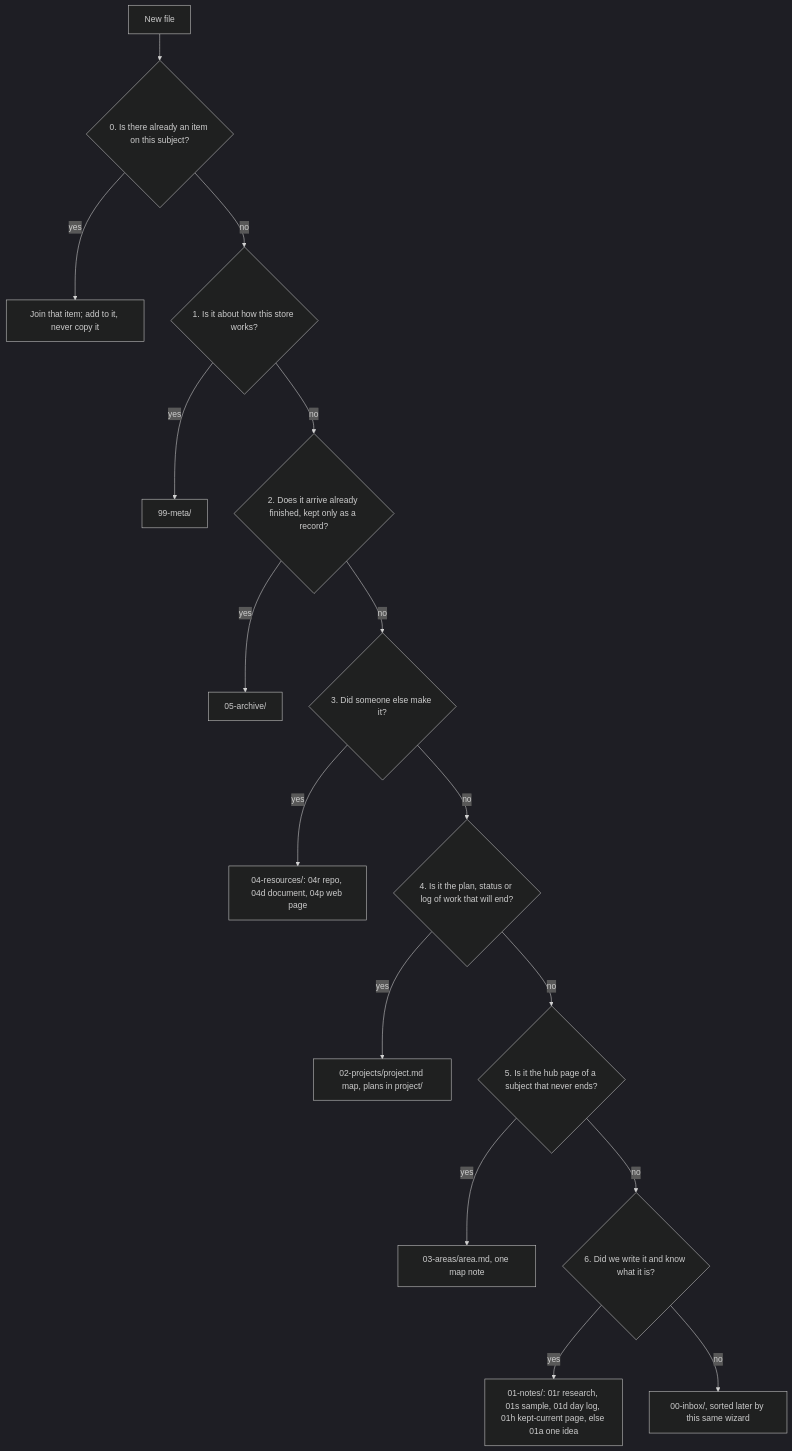
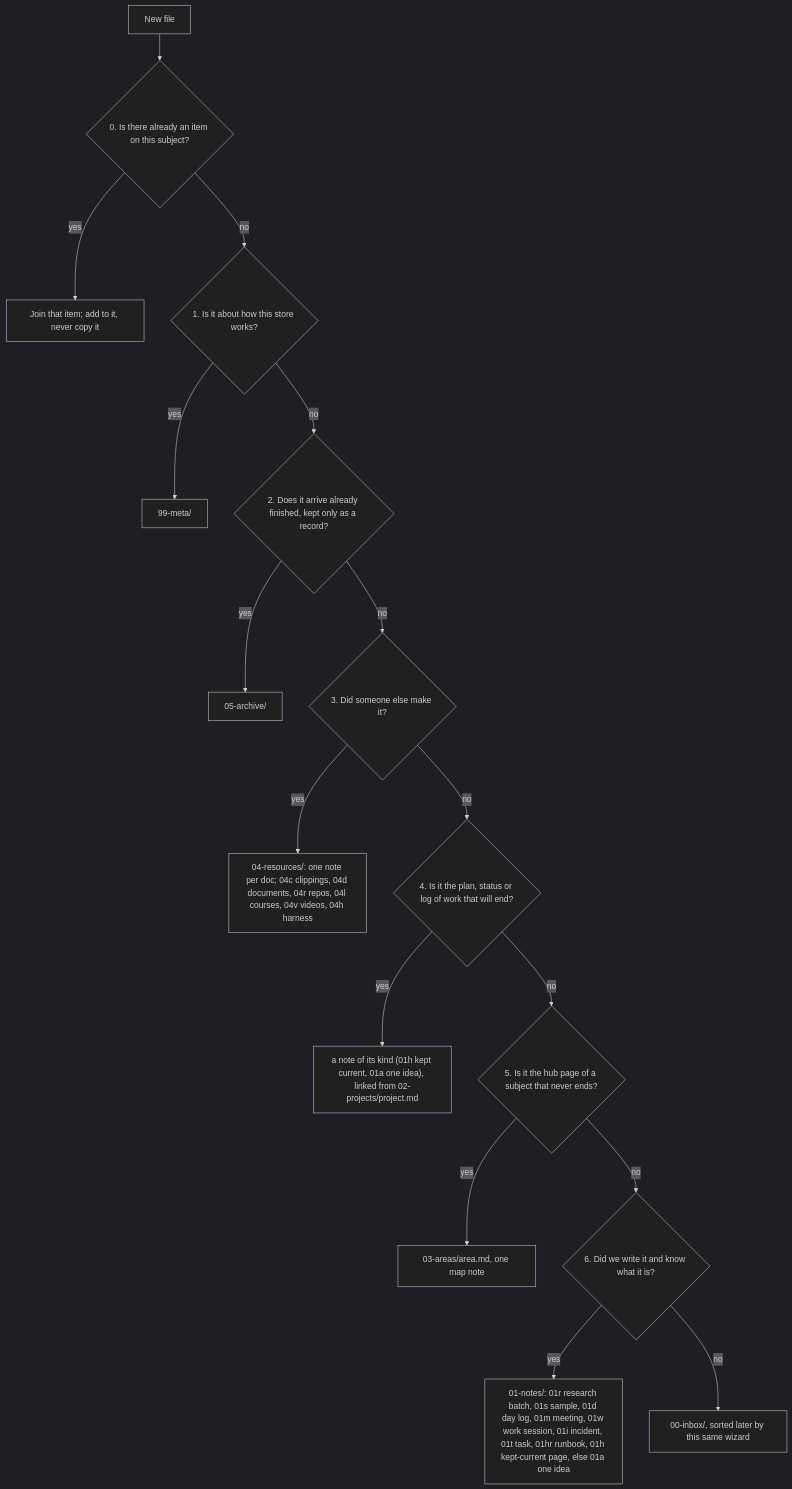
One commit to jonhill90/skills changed the diagram in skills/organize-repository/references/knowledge-store.md. Above: the diagram before and after it, drawn with Mermaid (dark theme). The commit also changed other lines of this file and 4 other files, not shown here.

````diff
--- a/skills/organize-repository/references/knowledge-store.md
+++ b/skills/organize-repository/references/knowledge-store.md
@@ -73,18 +112,18 @@
 ```mermaid
 flowchart TD
   S["New file"] --> Q0{"0. Is there already an item on this subject?"}
   Q0 -->|"yes"| J["Join that item; add to it, never copy it"]
   Q0 -->|"no"| Q1{"1. Is it about how this store works?"}
   Q1 -->|"yes"| M["99-meta/"]
   Q1 -->|"no"| Q2{"2. Does it arrive already finished, kept only as a record?"}
   Q2 -->|"yes"| AR["05-archive/"]
   Q2 -->|"no"| Q3{"3. Did someone else make it?"}
-  Q3 -->|"yes"| RS["04-resources/: 04r repo, 04d document, 04p web page"]
+  Q3 -->|"yes"| RS["04-resources/: one note per doc; 04c clippings, 04d documents, 04r repos, 04l courses, 04v videos, 04h harness"]
   Q3 -->|"no"| Q4{"4. Is it the plan, status or log of work that will end?"}
-  Q4 -->|"yes"| PR["02-projects/project.md map, plans in project/"]
+  Q4 -->|"yes"| PR["a note of its kind (01h kept current, 01a one idea), linked from 02-projects/project.md"]
   Q4 -->|"no"| Q5{"5. Is it the hub page of a subject that never ends?"}
   Q5 -->|"yes"| AA["03-areas/area.md, one map note"]
   Q5 -->|"no"| Q6{"6. Did we write it and know what it is?"}
-  Q6 -->|"yes"| NO["01-notes/: 01r research, 01s sample, 01d day log, 01h kept-current page, else 01a one idea"]
+  Q6 -->|"yes"| NO["01-notes/: 01r research batch, 01s sample, 01d day log, 01m meeting, 01w work session, 01i incident, 01t task, 01hr runbook, 01h kept-current page, else 01a one idea"]
   Q6 -->|"no"| IN["00-inbox/, sorted later by this same wizard"]
 ```
````
